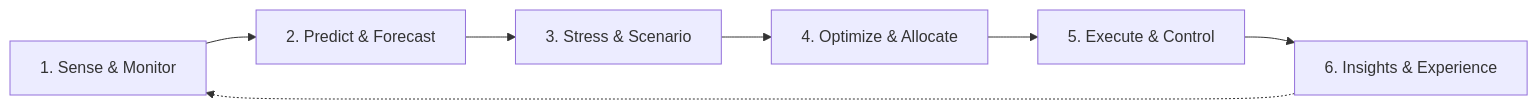
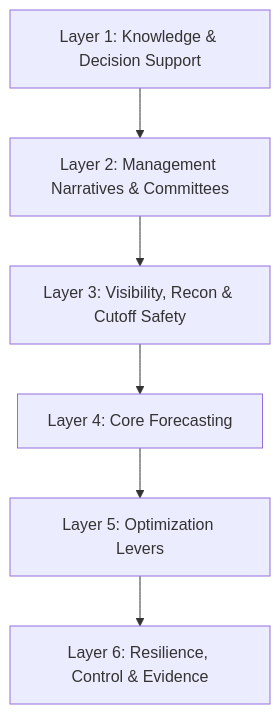
Before and after one commit to ozgurgulerx/treasury: the diagram in docs/towers/t1-cash-liquidity.md, drawn with Mermaid. The commit also changed other lines of this file, not shown here.

First line of the commit message:
Restructure T1 Cash & Liquidity to Klaxoon canvas 6-layer structure

````diff
--- a/docs/towers/t1-cash-liquidity.md
+++ b/docs/towers/t1-cash-liquidity.md
@@ -9,9 +9,11 @@
 ```mermaid
-flowchart LR
-    A[1. Sense & Monitor] --> B[2. Predict & Forecast]
-    B --> C[3. Stress & Scenario]
-    C --> D[4. Optimize & Allocate]
-    D --> E[5. Execute & Control]
-    E --> F[6. Insights & Experience]
-    F -.-> A
+flowchart TB
+    L1[Layer 1: Knowledge & Decision Support]
+    L2[Layer 2: Management Narratives & Committees]
+    L3[Layer 3: Visibility, Recon & Cutoff Safety]
+    L4[Layer 4: Core Forecasting]
+    L5[Layer 5: Optimization Levers]
+    L6[Layer 6: Resilience, Control & Evidence]
+
+    L1 --> L2 --> L3 --> L4 --> L5 --> L6
 ```
````
